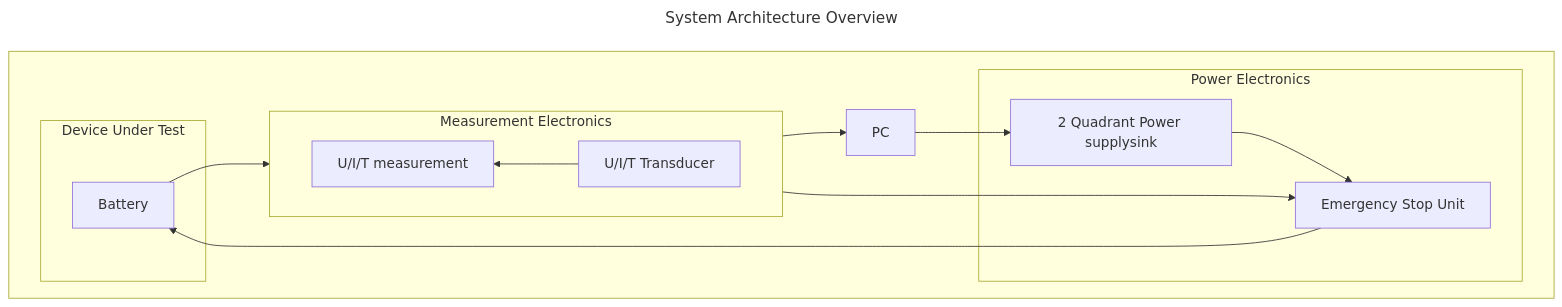
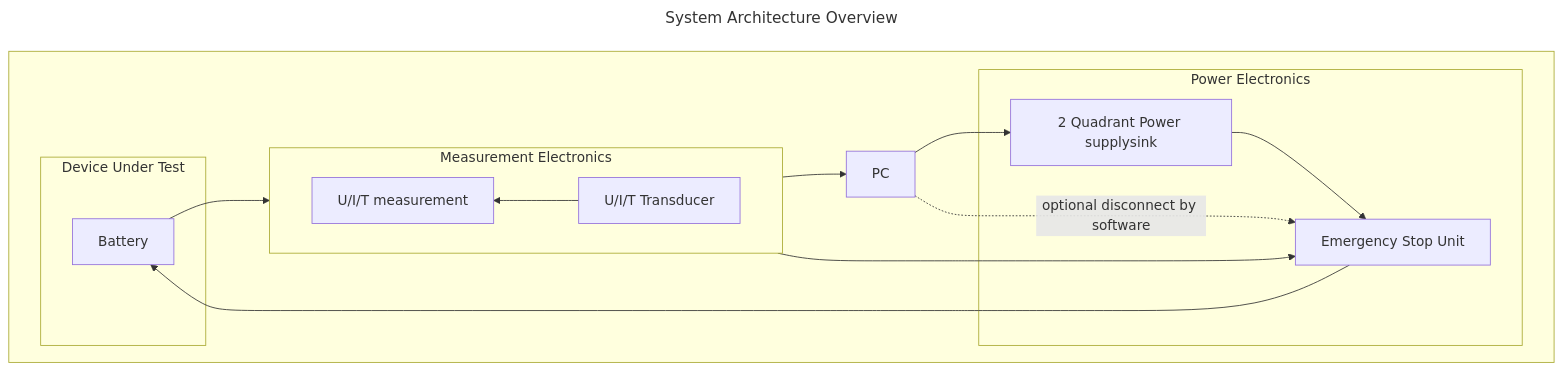
The diagram in docs/arch/overview.md (pascalguttmann/obat), drawn with Mermaid before and after one commit.

Commit message:
add optional software disconnect with ESU

````diff
--- a/docs/arch/overview.md
+++ b/docs/arch/overview.md
@@ -28,37 +28,38 @@
 ```mermaid
 ---
 title: System Architecture Overview
 ---
 flowchart LR
 
 subgraph sub-obat [ ]
     direction LR
     pc[PC]
 
     subgraph sub-power [Power Electronics]
         psu-internal[2 Quadrant Power supplysink]
         esu[Emergency Stop Unit]
 
         psu-internal --> esu
     end
 
     subgraph sub-meas [Measurement Electronics]
         direction RL
         transducer[U/I/T Transducer]
         meas[U/I/T measurement]
 
         transducer --> meas
     end
 
     subgraph sub-dut [Device Under Test]
         bat[Battery]
     end
 
     pc --> psu-internal
     esu --> bat
     bat --> transducer
     meas --> pc
+    pc -. optional disconnect by software .-> esu
 
     transducer --> esu
 end
 ```
````
